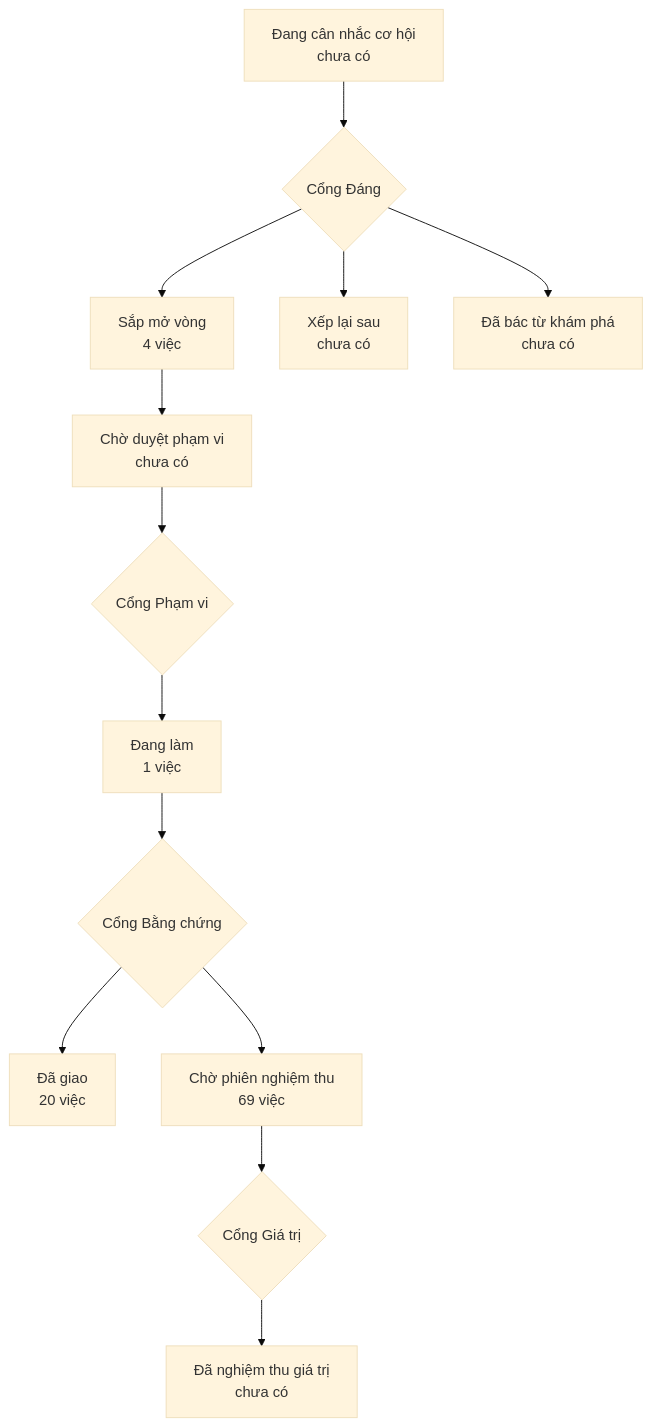
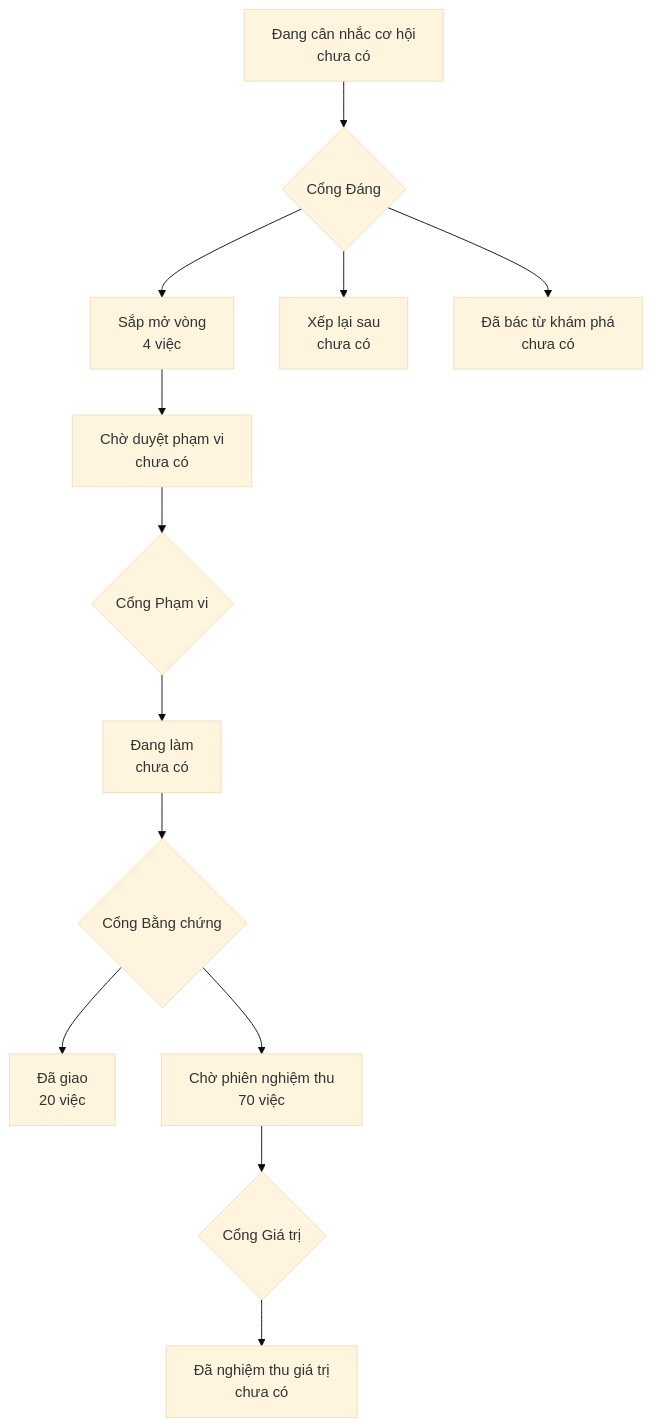
One commit to phanlemanh/onehub-quy-hang changed the diagram in PRODUCT-MAP.md. Above: the diagram before and after it, drawn with Mermaid (base theme). The commit also changed other lines of this file and 4 other files, not shown here.

````diff
--- a/PRODUCT-MAP.md
+++ b/PRODUCT-MAP.md
@@ -7,12 +7,12 @@
 ```mermaid
 flowchart TD
   A["Đang cân nhắc cơ hội<br/>chưa có"] --> GD{"Cổng Đáng"}
   GD --> B["Sắp mở vòng<br/>4 việc"]
   GD --> XL["Xếp lại sau<br/>chưa có"]
   GD --> DB["Đã bác từ khám phá<br/>chưa có"]
   B --> CD["Chờ duyệt phạm vi<br/>chưa có"] --> GP{"Cổng Phạm vi"}
-  GP --> DL["Đang làm<br/>1 việc"] --> GB{"Cổng Bằng chứng"}
+  GP --> DL["Đang làm<br/>chưa có"] --> GB{"Cổng Bằng chứng"}
   GB --> DG["Đã giao<br/>20 việc"]
-  GB --> CN["Chờ phiên nghiệm thu<br/>69 việc"] --> GG{"Cổng Giá trị"}
+  GB --> CN["Chờ phiên nghiệm thu<br/>70 việc"] --> GG{"Cổng Giá trị"}
   GG --> NT["Đã nghiệm thu giá trị<br/>chưa có"]
 ```
````
